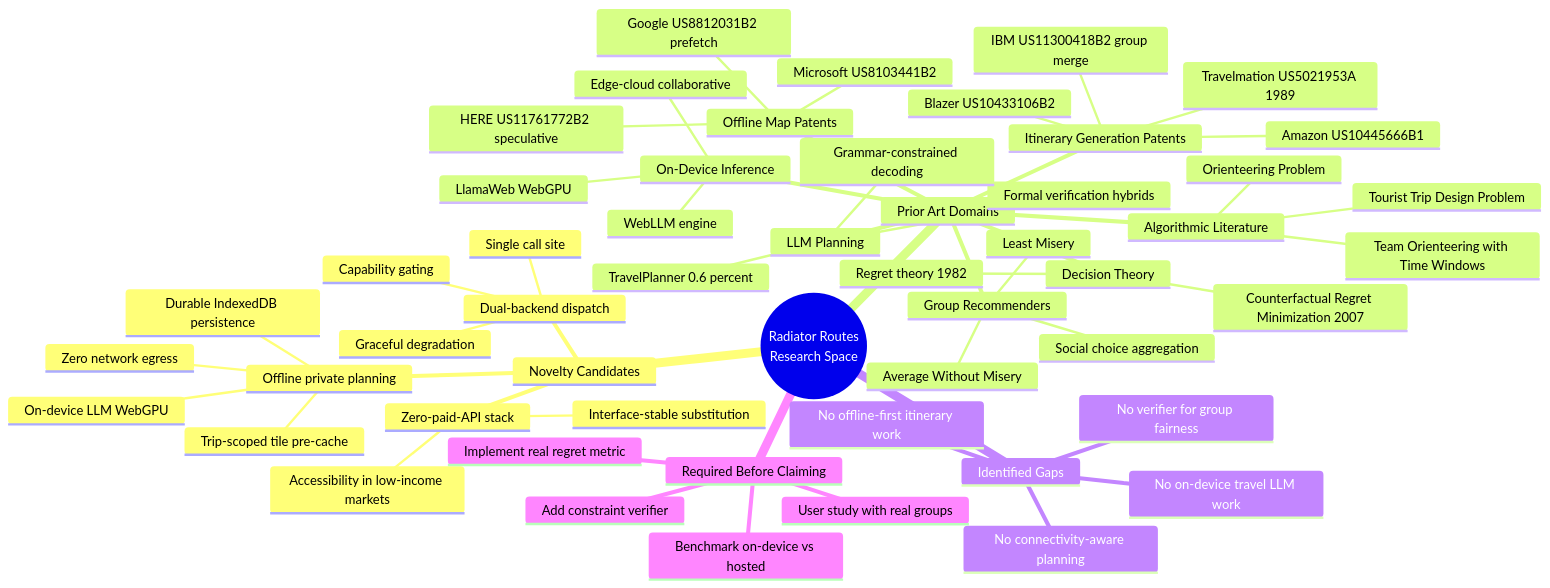
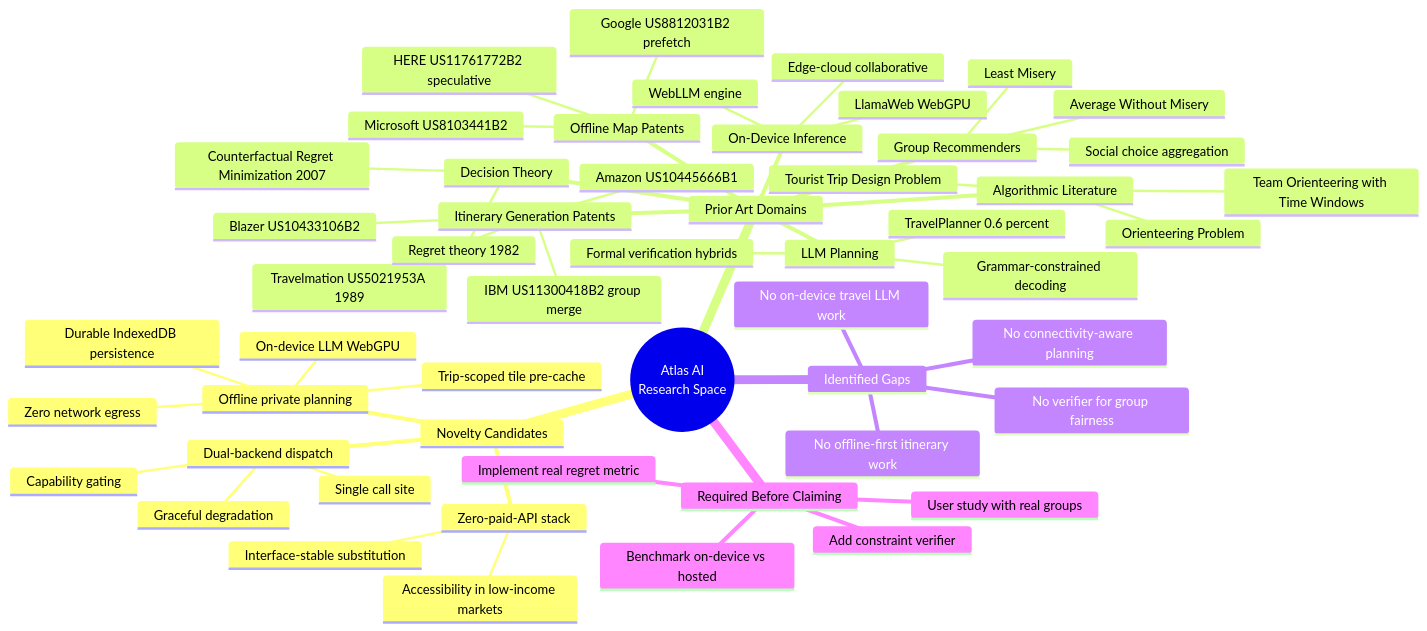
Before and after one commit to HarshTambade/Radiator-Routes: the first of 5 diagrams in docs/RESEARCH.md, drawn with Mermaid. The commit also changed other lines of this file and 33 other files, not shown here.

````diff
--- a/docs/RESEARCH.md
+++ b/docs/RESEARCH.md
@@ -112,56 +112,56 @@
 ```mermaid
 mindmap
-  root((Radiator Routes<br/>Research Space))
+  root((Atlas AI<br/>Research Space))
     Novelty Candidates
       Offline private planning
         On-device LLM WebGPU
         Trip-scoped tile pre-cache
         Durable IndexedDB persistence
         Zero network egress
       Dual-backend dispatch
         Single call site
         Capability gating
         Graceful degradation
       Zero-paid-API stack
         Interface-stable substitution
         Accessibility in low-income markets
     Prior Art Domains
       Itinerary Generation Patents
         IBM US11300418B2 group merge
         Amazon US10445666B1
         Blazer US10433106B2
         Travelmation US5021953A 1989
       Offline Map Patents
         HERE US11761772B2 speculative
         Google US8812031B2 prefetch
         Microsoft US8103441B2
       Algorithmic Literature
         Tourist Trip Design Problem
         Orienteering Problem
         Team Orienteering with Time Windows
       Decision Theory
         Regret theory 1982
         Counterfactual Regret Minimization 2007
       Group Recommenders
         Least Misery
         Average Without Misery
         Social choice aggregation
       LLM Planning
         TravelPlanner 0.6 percent
         Formal verification hybrids
         Grammar-constrained decoding
       On-Device Inference
         WebLLM engine
         LlamaWeb WebGPU
         Edge-cloud collaborative
     Identified Gaps
       No offline-first itinerary work
       No on-device travel LLM work
       No verifier for group fairness
       No connectivity-aware planning
     Required Before Claiming
       Implement real regret metric
       Add constraint verifier
       Benchmark on-device vs hosted
       User study with real groups
 ```
````
